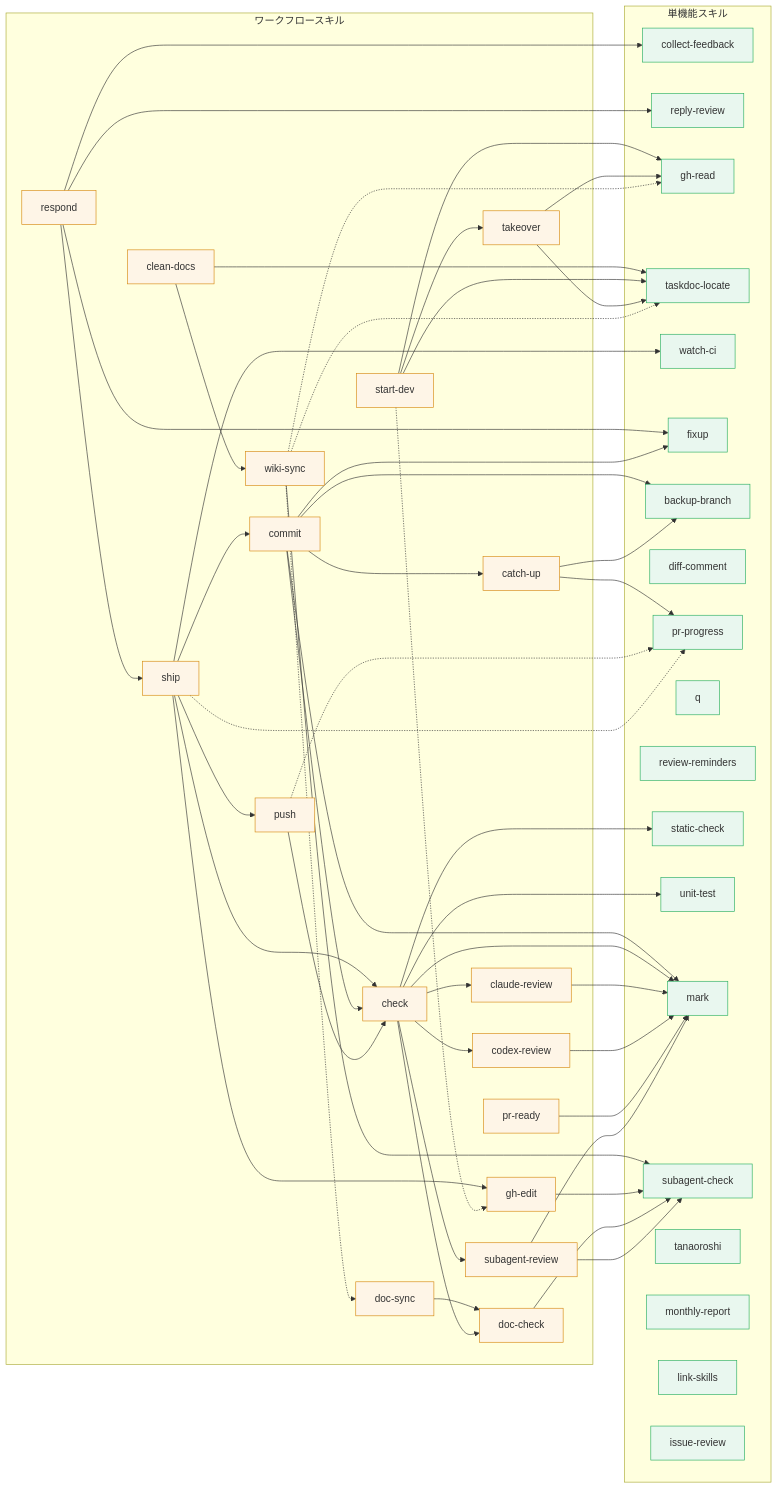
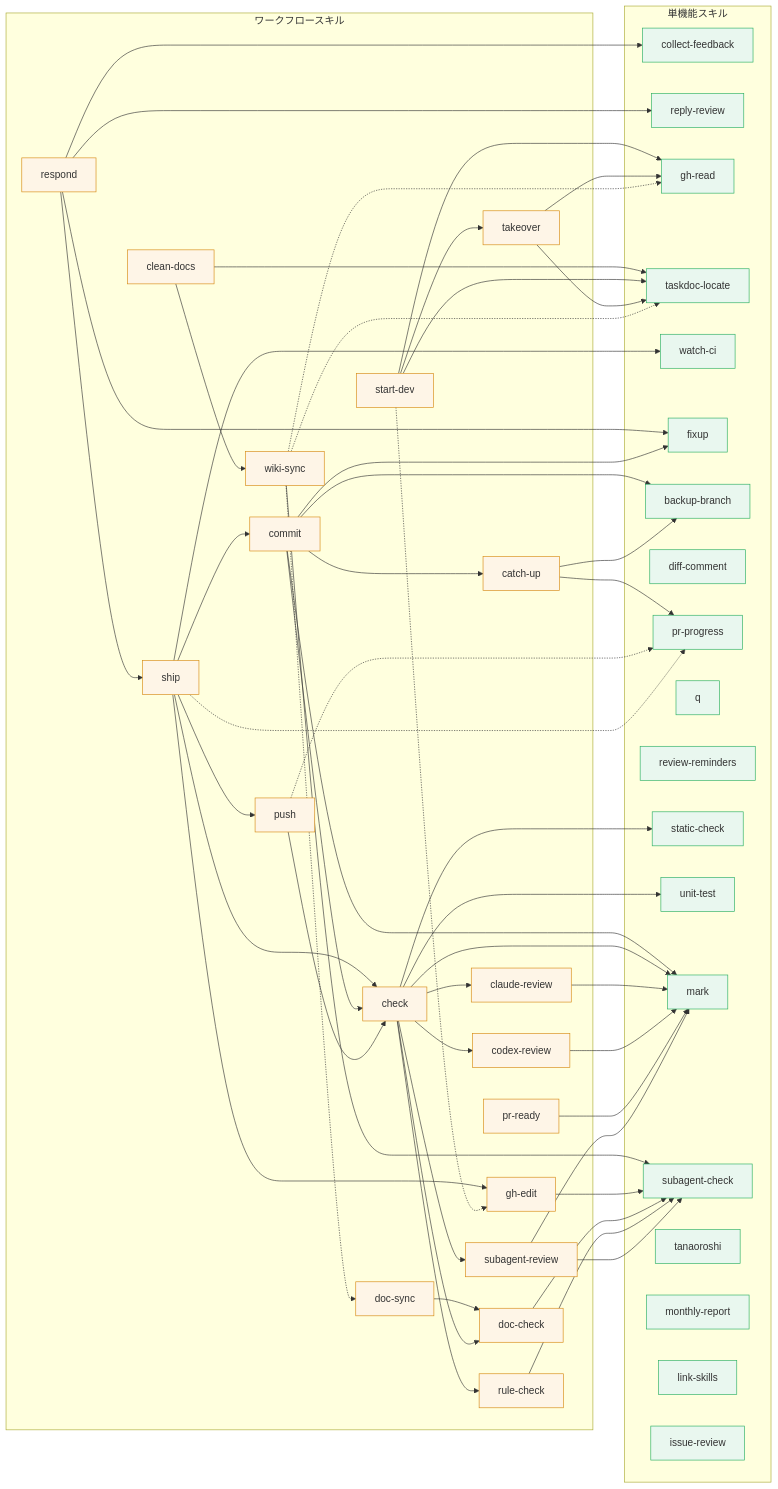
One commit to mistbind3u88/bonsai changed the second of 2 diagrams in README.md. Above: the diagram before and after it, drawn with Mermaid. The commit also changed other lines of this file and 18 other files, not shown here.

Commit message:
docs: rule-check skill を追加する

```diff
--- a/README.md
+++ b/README.md
@@ -116,6 +117,7 @@
         check:::workflow
         catch-up:::workflow
         doc-check:::workflow
+        rule-check:::workflow
         claude-review:::workflow
         codex-review:::workflow
         pr-ready:::workflow
@@ -173,12 +175,14 @@
     check --> static-check
     check --> unit-test
     check --> doc-check
+    check --> rule-check
     check --> claude-review
     check --> codex-review
     check --> subagent-review
     catch-up --> backup-branch
     catch-up --> pr-progress
     doc-check --> subagent-check
+    rule-check --> subagent-check
     claude-review --> mark
     codex-review --> mark
     pr-ready --> mark
```
